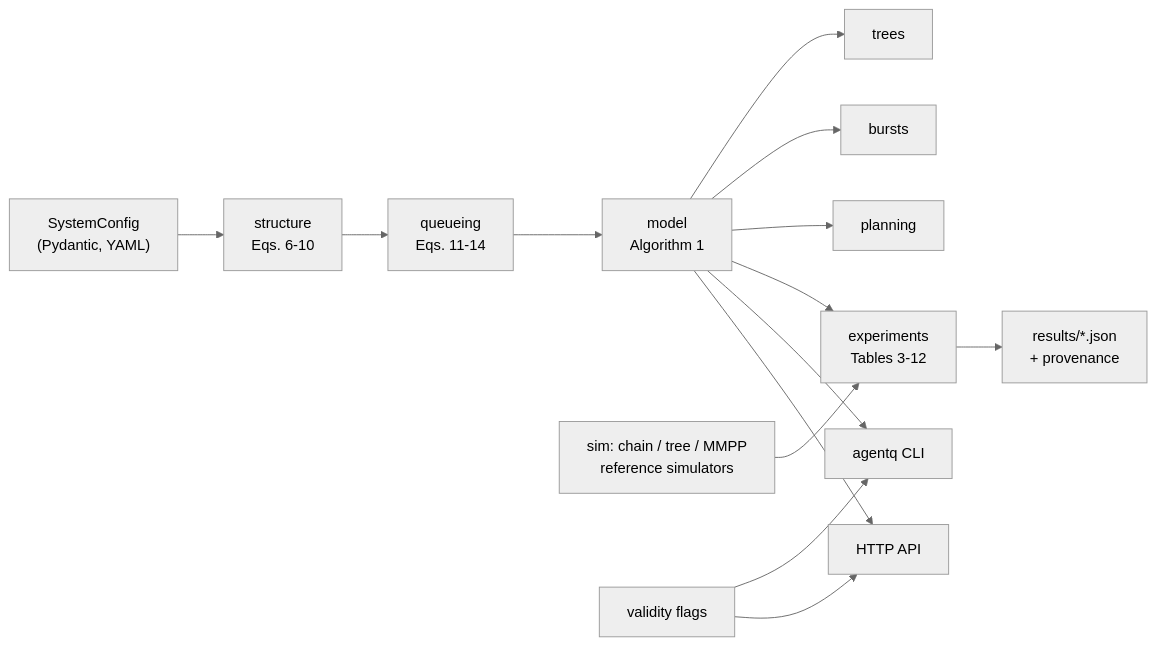
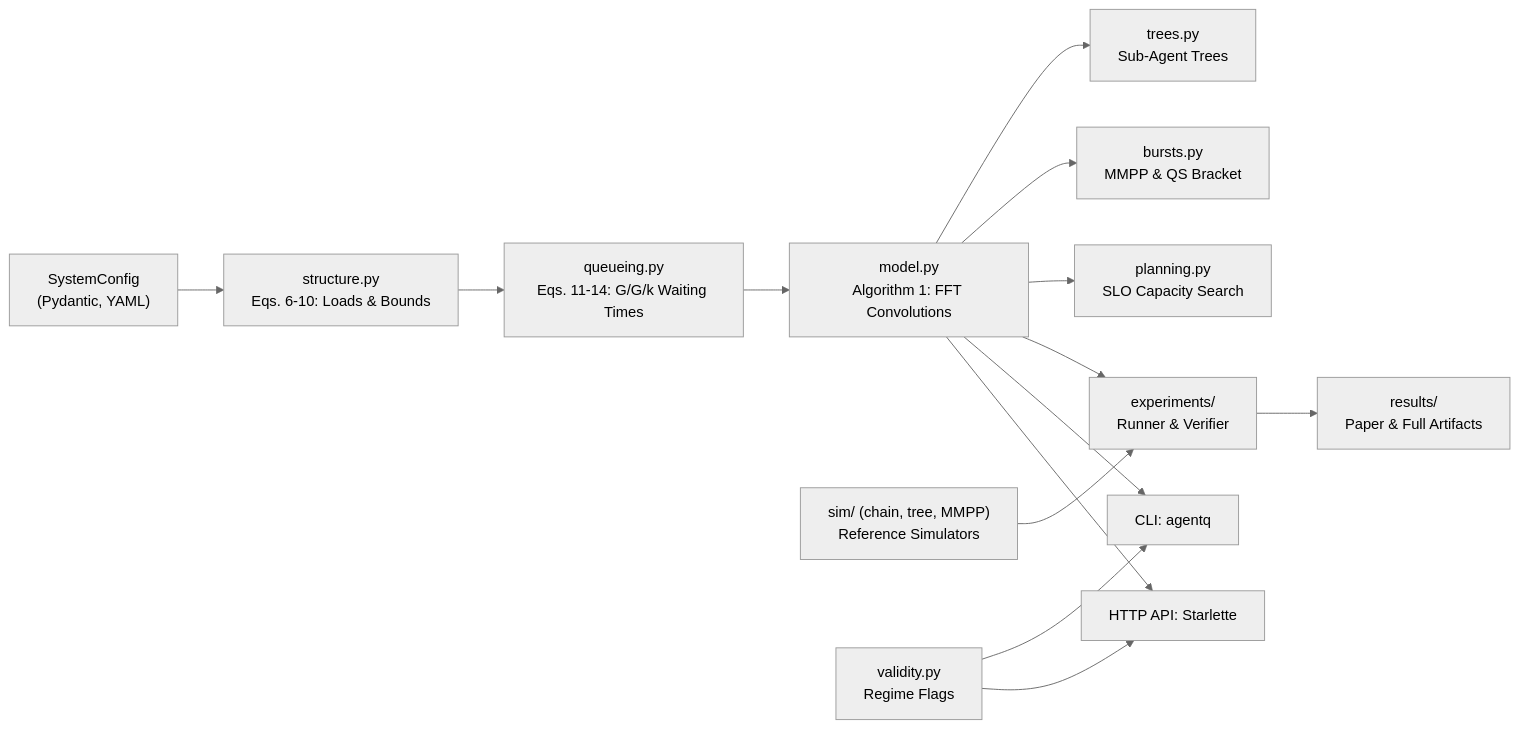
The diagram in README.md (Himanshu3122/Queueing-and-Branching-Process-Models-of-Multi-Agent-LLM-Workflows), drawn with Mermaid (neutral theme) before and after one commit. The commit also changed other lines of this file, not shown here.

````diff
--- a/README.md
+++ b/README.md
@@ -84,9 +115,15 @@
 ```mermaid
 flowchart LR
-    CFG["SystemConfig<br/>(Pydantic, YAML)"] --> ST["structure<br/>Eqs. 6-10"] --> Q["queueing<br/>Eqs. 11-14"] --> M["model<br/>Algorithm 1"]
-    M --> TR["trees"] & BU["bursts"] & PL["planning"]
-    SIM["sim: chain / tree / MMPP<br/>reference simulators"] --> EXP["experiments<br/>Tables 3-12"]
-    M --> EXP --> RES["results/*.json<br/>+ provenance"]
-    M --> CLI["agentq CLI"] & API["HTTP API"]
-    V["validity flags"] --> CLI & API
+    CFG["SystemConfig<br/>(Pydantic, YAML)"] --> ST["structure.py<br/>Eqs. 6-10: Loads & Bounds"]
+    ST --> Q["queueing.py<br/>Eqs. 11-14: G/G/k Waiting Times"]
+    Q --> M["model.py<br/>Algorithm 1: FFT Convolutions"]
+    M --> TR["trees.py<br/>Sub-Agent Trees"]
+    M --> BU["bursts.py<br/>MMPP & QS Bracket"]
+    M --> PL["planning.py<br/>SLO Capacity Search"]
+    SIM["sim/ (chain, tree, MMPP)<br/>Reference Simulators"] --> EXP["experiments/<br/>Runner & Verifier"]
+    M --> EXP
+    EXP --> RES["results/<br/>Paper & Full Artifacts"]
+    M --> CLI["CLI: agentq"]
+    M --> API["HTTP API: Starlette"]
+    V["validity.py<br/>Regime Flags"] --> CLI & API
 ```
````
